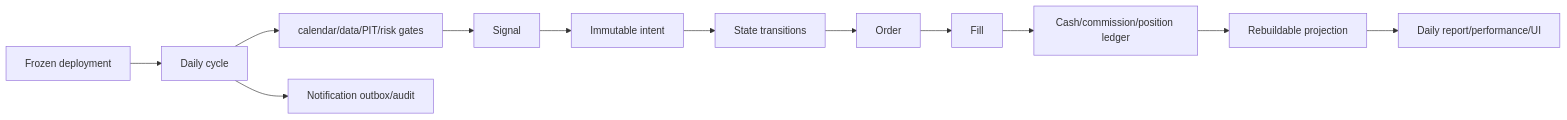
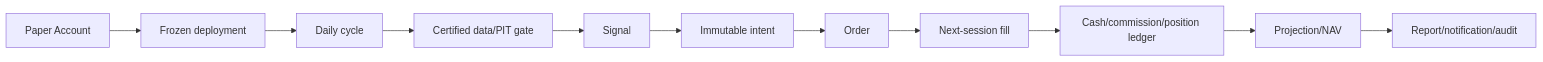
One commit to magic-alt/lean-local-platform changed the sixth of 9 diagrams in docs/audit/actual-environment-system-review-2026-08-02.md. Above: the diagram before and after it, drawn with Mermaid. The commit also changed other lines of this file and 35 other files, not shown here.

````diff
--- a/docs/audit/actual-environment-system-review-2026-08-02.md
+++ b/docs/audit/actual-environment-system-review-2026-08-02.md
@@ -192,14 +184,13 @@
 ```mermaid
 flowchart LR
-  DEP[Frozen deployment] --> CY[Daily cycle]
-  CY --> GATE[calendar/data/PIT/risk gates]
-  GATE --> SIG[Signal]
-  SIG --> INT[Immutable intent]
-  INT --> TR[State transitions]
-  TR --> ORD[Order]
-  ORD --> FILL[Fill]
-  FILL --> LED[Cash/commission/position ledger]
-  LED --> PROJ[Rebuildable projection]
-  PROJ --> REP[Daily report/performance/UI]
-  CY --> OUT[Notification outbox/audit]
+  A[Paper Account] --> D[Frozen deployment]
+  D --> C[Daily cycle]
+  C --> G[Certified data/PIT gate]
+  G --> S[Signal]
+  S --> I[Immutable intent]
+  I --> O[Order]
+  O --> F[Next-session fill]
+  F --> L[Cash/commission/position ledger]
+  L --> P[Projection/NAV]
+  P --> RP[Report/notification/audit]
 ```
````
